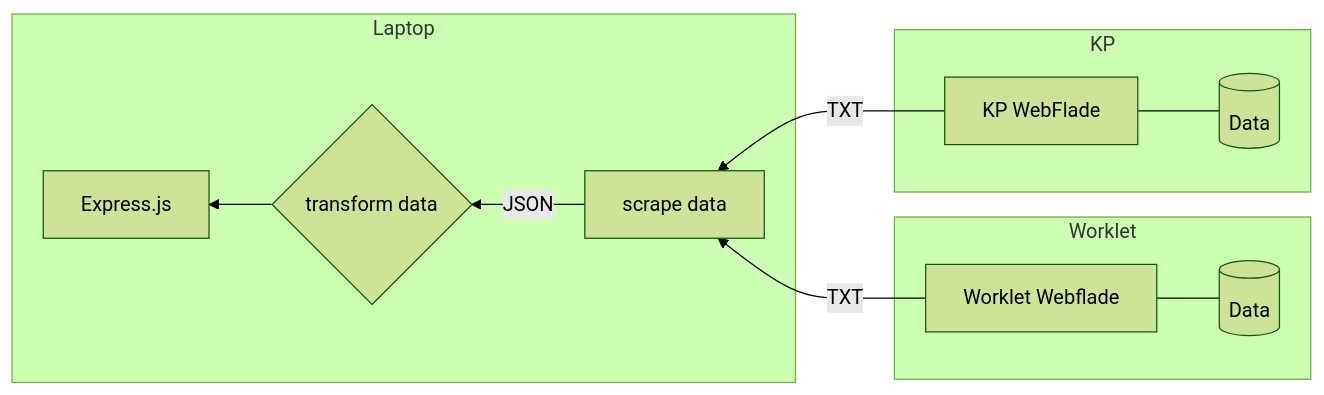
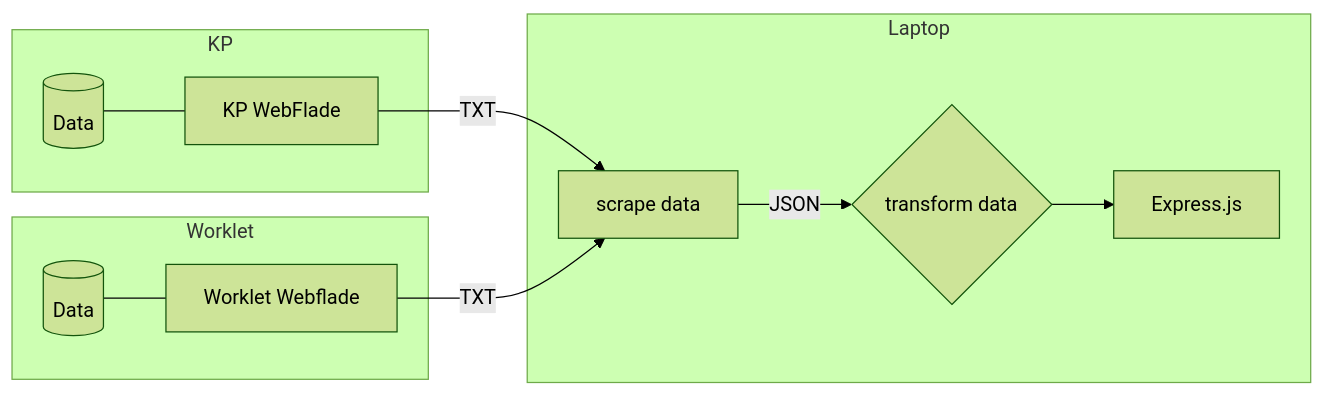
Before and after one commit to Randers-Kommune-Digitalisering/auto-tilskudsberegning-fodterapi: the diagram in README.md, drawn with Mermaid (forest theme).

````diff
--- a/README.md
+++ b/README.md
@@ -33,21 +33,21 @@
 ```mermaid
-graph RL
+graph LR
     KPDB[(Data)] --- KPWEB[KP WebFlade] --> 
 
     |TXT|E[scrape data] -->
     |JSON|T{transform data}-->Express.js
 
     WLDB[(Data)] --- WLWEB[Worklet Webflade] -->|TXT| E
 
     subgraph Laptop
     E & T & Express.js
     end
 
     subgraph Worklet
     WLDB & WLWEB
     end
 
     subgraph KP
     KPDB & KPWEB
     end
 ```
````
